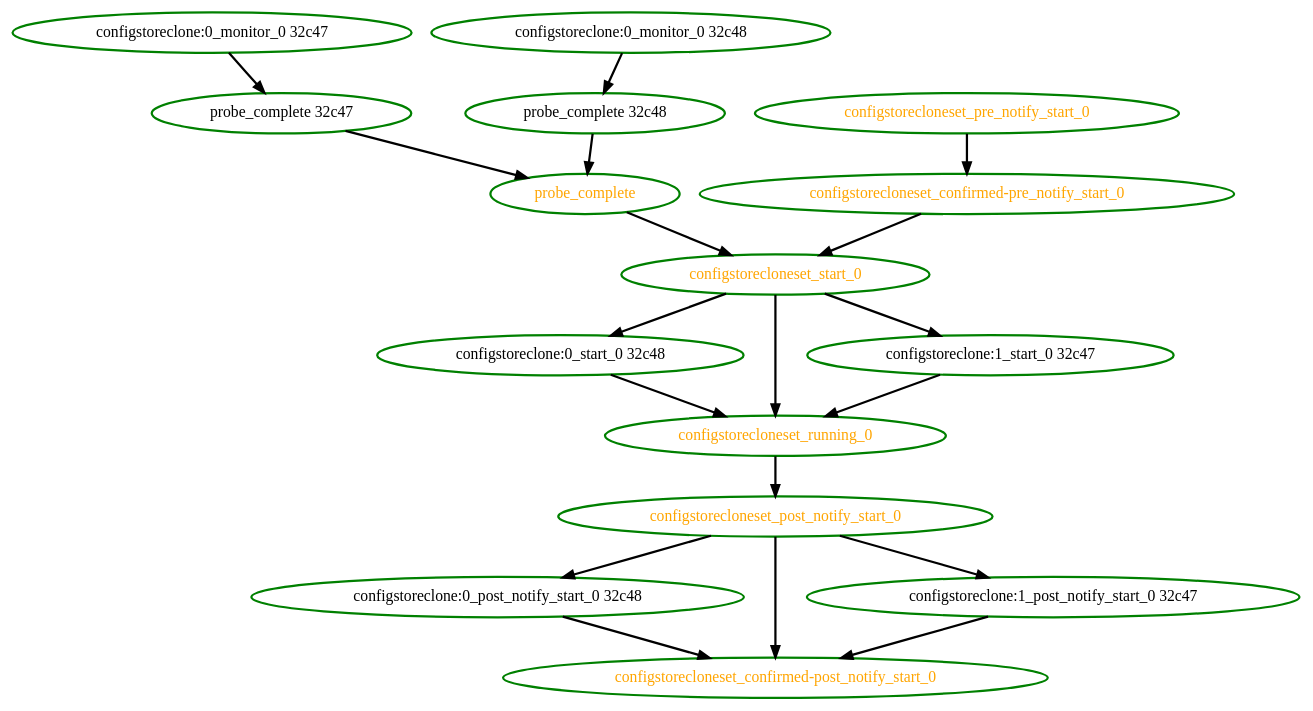
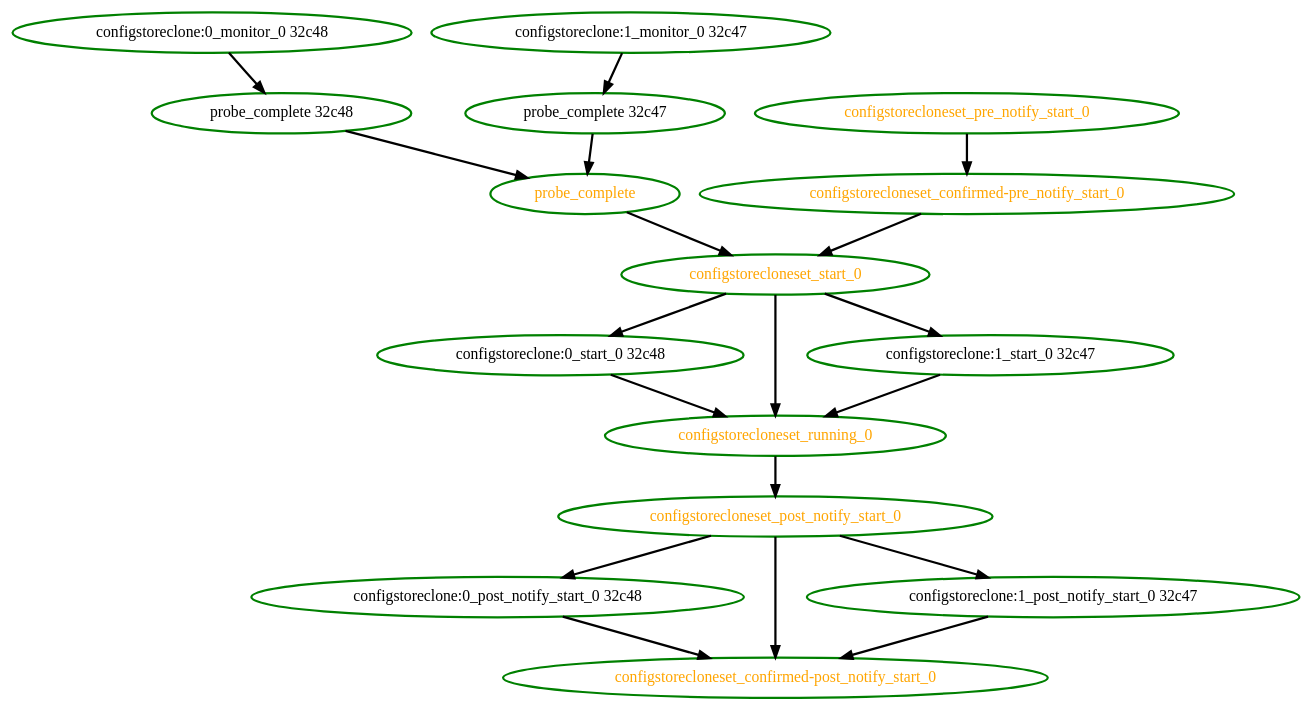
One commit to linux-ha-japan/pm_diskd changed the diagram in pengine/testcases/probe-0.dot. Above: the diagram before and after it, drawn with Graphviz. The commit also changed 183 other files, not shown here.

```diff
--- a/pengine/testcases/probe-0.dot
+++ b/pengine/testcases/probe-0.dot
@@ -1,35 +1,35 @@
  digraph "g" {
-"configstoreclone:0_monitor_0 32c47" -> "probe_complete 32c47" [ style = bold]
-"configstoreclone:0_monitor_0 32c47" [ style=bold color="green" fontcolor="black" ]
 "configstoreclone:0_monitor_0 32c48" -> "probe_complete 32c48" [ style = bold]
 "configstoreclone:0_monitor_0 32c48" [ style=bold color="green" fontcolor="black" ]
 "configstoreclone:0_post_notify_start_0 32c48" -> "configstorecloneset_confirmed-post_notify_start_0" [ style = bold]
 "configstoreclone:0_post_notify_start_0 32c48" [ style=bold color="green" fontcolor="black" ]
 "configstoreclone:0_start_0 32c48" -> "configstorecloneset_running_0" [ style = bold]
 "configstoreclone:0_start_0 32c48" [ style=bold color="green" fontcolor="black" ]
+"configstoreclone:1_monitor_0 32c47" -> "probe_complete 32c47" [ style = bold]
+"configstoreclone:1_monitor_0 32c47" [ style=bold color="green" fontcolor="black"  ]
 "configstoreclone:1_post_notify_start_0 32c47" -> "configstorecloneset_confirmed-post_notify_start_0" [ style = bold]
 "configstoreclone:1_post_notify_start_0 32c47" [ style=bold color="green" fontcolor="black" ]
 "configstoreclone:1_start_0 32c47" -> "configstorecloneset_running_0" [ style = bold]
 "configstoreclone:1_start_0 32c47" [ style=bold color="green" fontcolor="black" ]
 "configstorecloneset_confirmed-post_notify_start_0" [ style=bold color="green" fontcolor="orange" ]
 "configstorecloneset_confirmed-pre_notify_start_0" -> "configstorecloneset_start_0" [ style = bold]
 "configstorecloneset_confirmed-pre_notify_start_0" [ style=bold color="green" fontcolor="orange" ]
 "configstorecloneset_post_notify_start_0" -> "configstoreclone:0_post_notify_start_0 32c48" [ style = bold]
 "configstorecloneset_post_notify_start_0" -> "configstoreclone:1_post_notify_start_0 32c47" [ style = bold]
 "configstorecloneset_post_notify_start_0" -> "configstorecloneset_confirmed-post_notify_start_0" [ style = bold]
 "configstorecloneset_post_notify_start_0" [ style=bold color="green" fontcolor="orange" ]
 "configstorecloneset_pre_notify_start_0" -> "configstorecloneset_confirmed-pre_notify_start_0" [ style = bold]
 "configstorecloneset_pre_notify_start_0" [ style=bold color="green" fontcolor="orange" ]
 "configstorecloneset_running_0" -> "configstorecloneset_post_notify_start_0" [ style = bold]
 "configstorecloneset_running_0" [ style=bold color="green" fontcolor="orange" ]
 "configstorecloneset_start_0" -> "configstoreclone:0_start_0 32c48" [ style = bold]
 "configstorecloneset_start_0" -> "configstoreclone:1_start_0 32c47" [ style = bold]
 "configstorecloneset_start_0" -> "configstorecloneset_running_0" [ style = bold]
 "configstorecloneset_start_0" [ style=bold color="green" fontcolor="orange" ]
 "probe_complete 32c47" -> "probe_complete" [ style = bold]
 "probe_complete 32c47" [ style=bold color="green" fontcolor="black" ]
 "probe_complete 32c48" -> "probe_complete" [ style = bold]
 "probe_complete 32c48" [ style=bold color="green" fontcolor="black" ]
 "probe_complete" -> "configstorecloneset_start_0" [ style = bold]
 "probe_complete" [ style=bold color="green" fontcolor="orange" ]
 }
```
